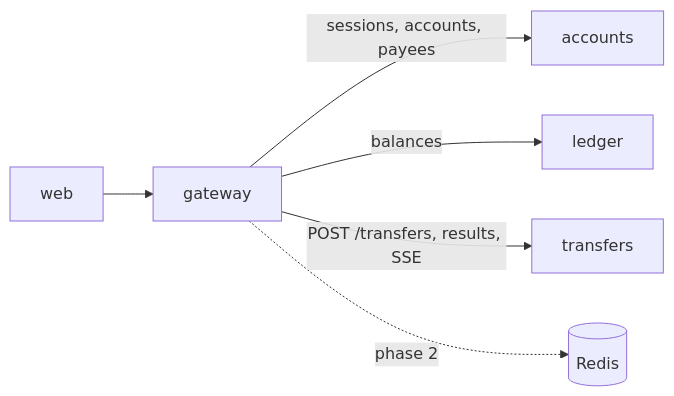
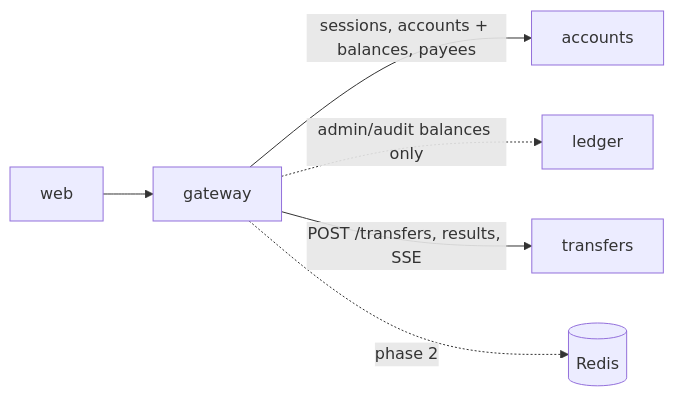
One commit to GodwinJacobR/mock-bank changed the diagram in docs/gateway/README.md. Above: the diagram before and after it, drawn with Mermaid. The commit also changed other lines of this file and 18 other files, not shown here.

Commit message:
Spec and document accounts balance projection fed by ledger events

````diff
--- a/docs/gateway/README.md
+++ b/docs/gateway/README.md
@@ -23,8 +23,8 @@
 ```mermaid
 flowchart LR
   WEB[web] --> GW[gateway]
-  GW -- "sessions, accounts, payees" --> ACC[accounts]
-  GW -- "balances" --> LED[ledger]
+  GW -- "sessions, accounts + balances, payees" --> ACC[accounts]
+  GW -. "admin/audit balances only" .-> LED[ledger]
   GW -- "POST /transfers, results, SSE" --> TRF[transfers]
   GW -. "phase 2" .-> R[(Redis)]
 ```
````
